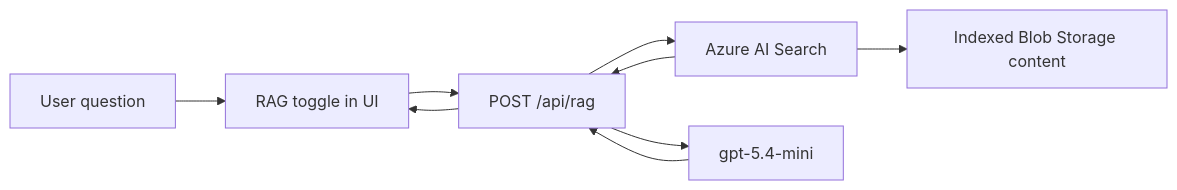
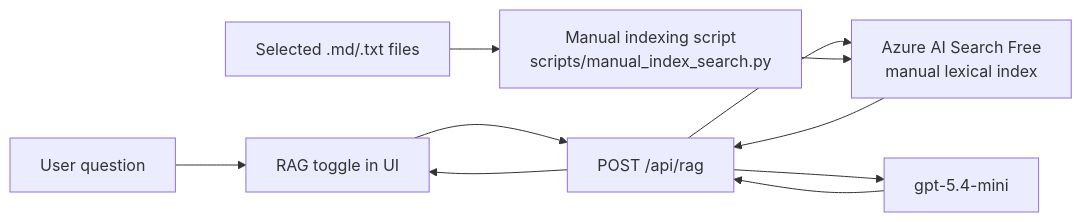
The fourth of 5 diagrams in SOLUTION_ARCHITECTURE.md (dilgamme/ms-tech-demo1), drawn with Mermaid before and after one commit. The commit also changed other lines of this file and 16 other files, not shown here.

Commit message:
Add free Search indexing and image modules

````diff
--- a/SOLUTION_ARCHITECTURE.md
+++ b/SOLUTION_ARCHITECTURE.md
@@ -364,11 +391,12 @@
 ```mermaid
 flowchart LR
     User[User question] --> UI[RAG toggle in UI]
     UI --> API[POST /api/rag]
-    API --> Search[Azure AI Search]
-    Search --> Blob[Indexed Blob Storage content]
+    API --> Search[Azure AI Search Free<br/>manual lexical index]
+    Manual[Manual indexing script<br/>scripts/manual_index_search.py] --> Search
+    Docs[Selected .md/.txt files] --> Manual
     Search --> API
     API --> Mini[gpt-5.4-mini]
     Mini --> API
     API --> UI
 ```
````
